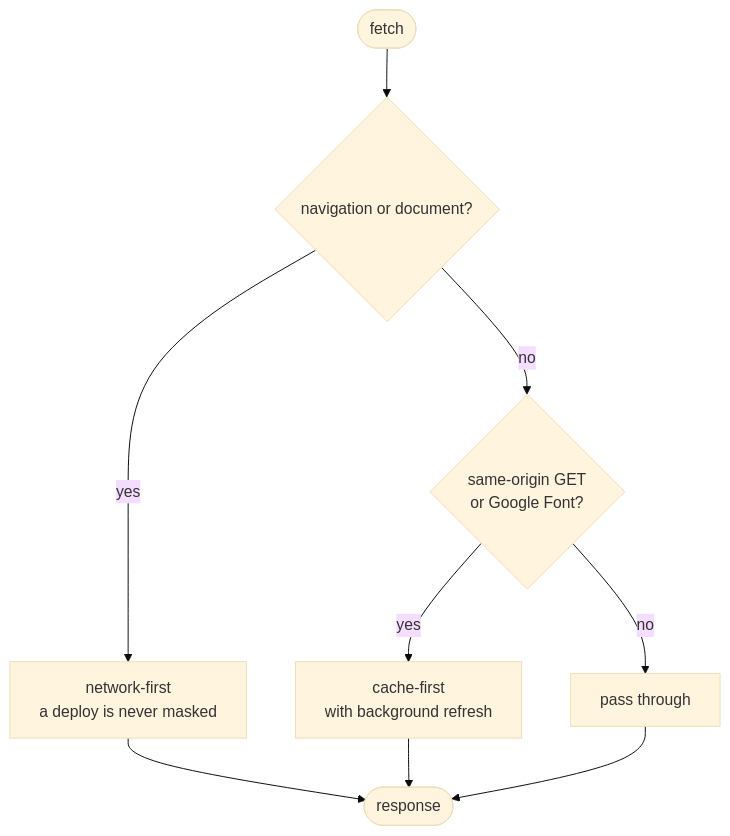
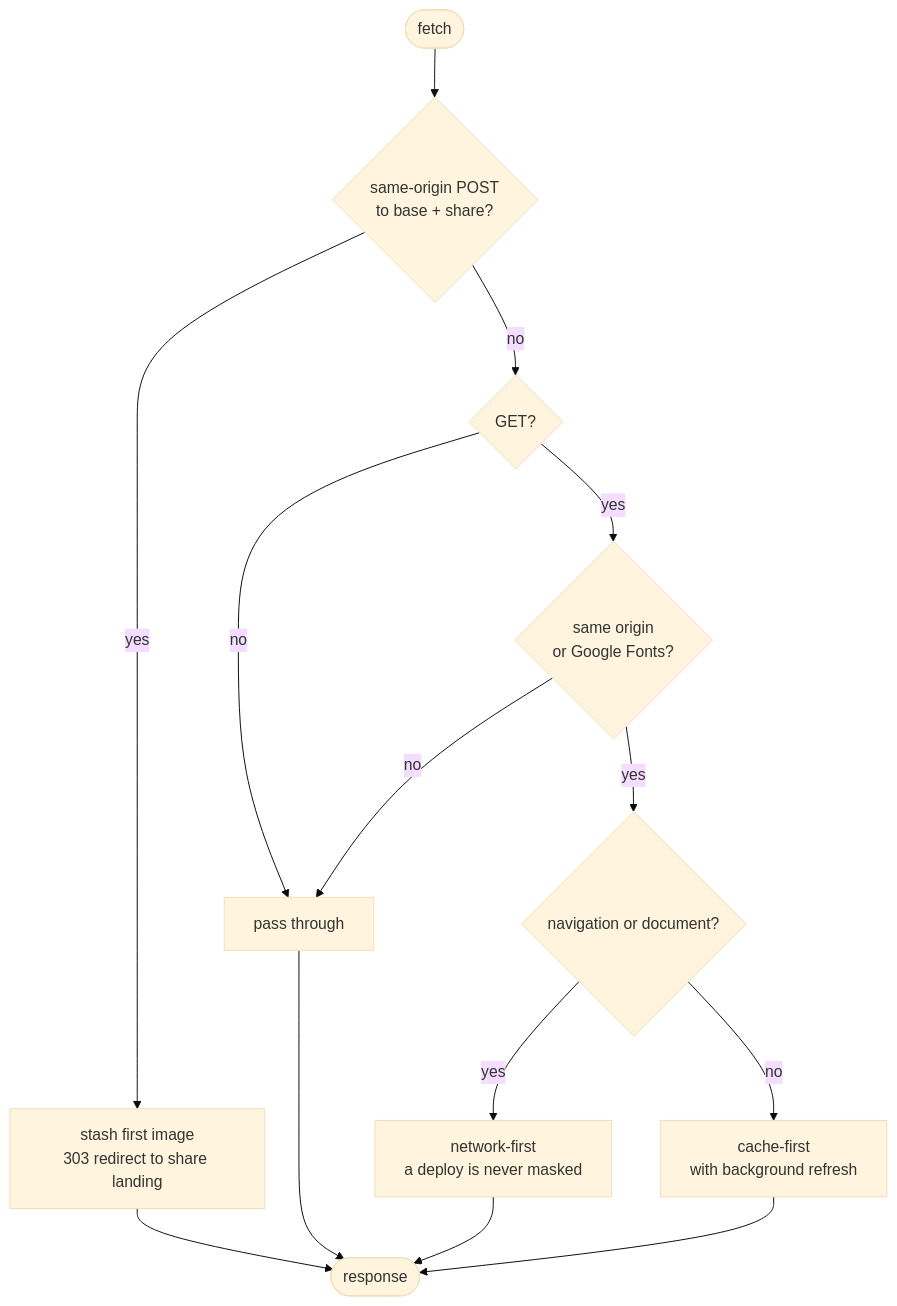
One commit to Pritesh1980/sable changed the eighth of 11 diagrams in docs/ARCHITECTURE.md. Above: the diagram before and after it, drawn with Mermaid (base theme). The commit also changed other lines of this file and 3 other files, not shown here.

````diff
--- a/docs/ARCHITECTURE.md
+++ b/docs/ARCHITECTURE.md
@@ -374,11 +468,16 @@
 ```mermaid
 flowchart TB
-  REQ(["fetch"]) --> Q1{"navigation or document?"}
+  REQ(["fetch"]) --> SHARE{"same-origin POST<br/>to base + share?"}
+  SHARE -- yes --> INTAKE["stash first image<br/>303 redirect to share landing"]
+  SHARE -- no --> GET{"GET?"}
+  GET -- no --> PASS["pass through"]
+  GET -- yes --> ORIGIN{"same origin<br/>or Google Fonts?"}
+  ORIGIN -- no --> PASS
+  ORIGIN -- yes --> Q1{"navigation or document?"}
   Q1 -- yes --> NF["network-first<br/>a deploy is never masked"]
-  Q1 -- no --> Q2{"same-origin GET<br/>or Google Font?"}
-  Q2 -- yes --> CF["cache-first<br/>with background refresh"]
-  Q2 -- no --> PASS["pass through"]
-  NF --> OK([response])
+  Q1 -- no --> CF["cache-first<br/>with background refresh"]
+  INTAKE --> OK([response])
+  NF --> OK
   CF --> OK
   PASS --> OK
 ```
````
